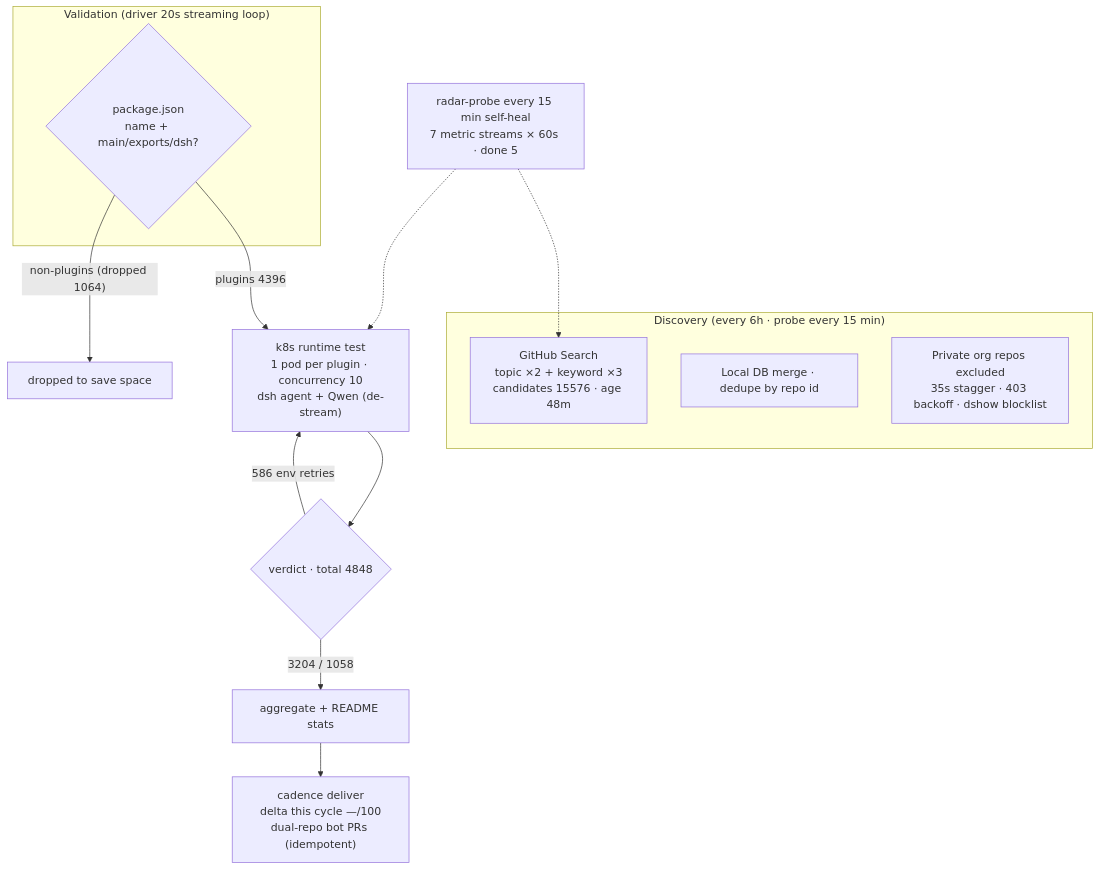
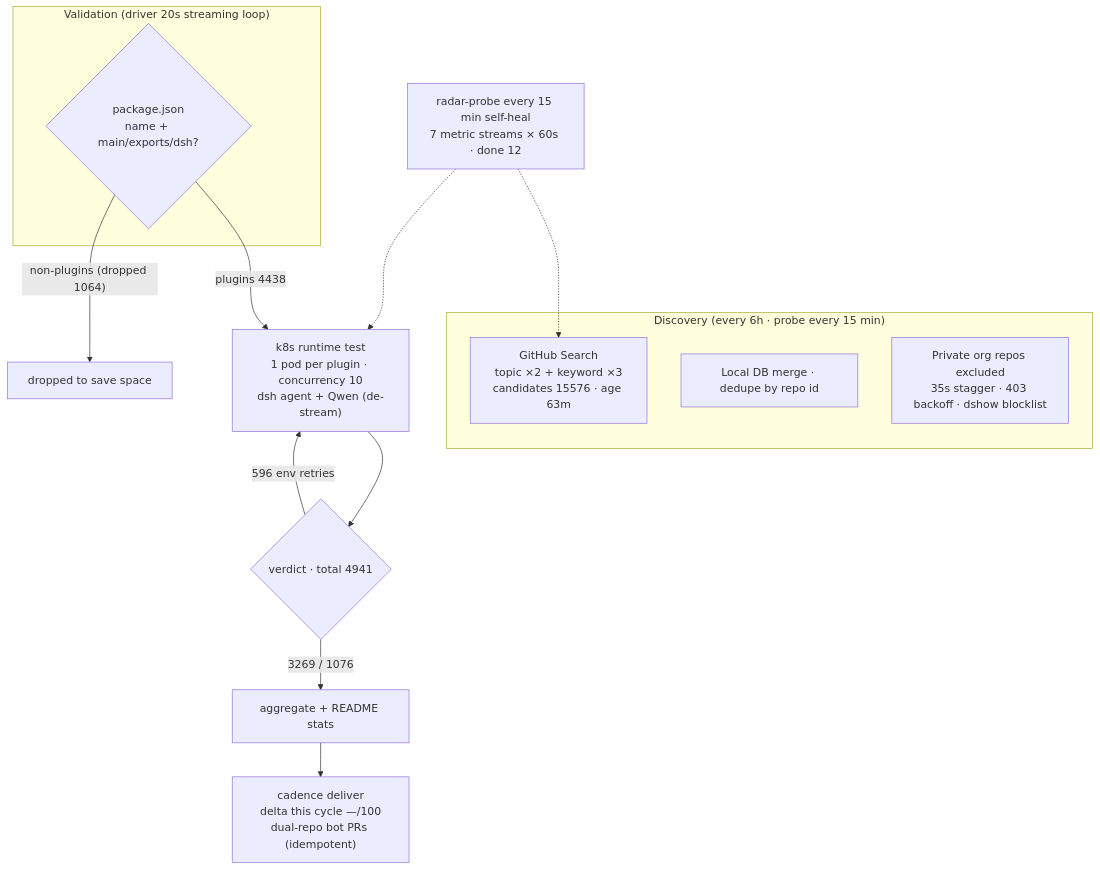
The diagram in README.en-US.md (AdamPlatin123/awesome-dsh-plugins), drawn with Mermaid before and after one commit. The commit also changed other lines of this file and 5 other files, not shown here.

````diff
--- a/README.en-US.md
+++ b/README.en-US.md
@@ -30,20 +30,20 @@
 ```mermaid
 flowchart TB
     subgraph Discovery["Discovery (every 6h · probe every 15 min)"]
-        A1["GitHub Search<br/>topic ×2 + keyword ×3<br/>candidates 15576 · age 48m"]
+        A1["GitHub Search<br/>topic ×2 + keyword ×3<br/>candidates 15576 · age 63m"]
         A2["Local DB merge · dedupe by repo id"]
         A3["Private org repos excluded<br/>35s stagger · 403 backoff · dshow blocklist"]
     end
     subgraph Validation["Validation (driver 20s streaming loop)"]
         B1{"package.json<br/>name + main/exports/dsh?"}
     end
-    B1 -->|"plugins 4396"| C1["k8s runtime test<br/>1 pod per plugin · concurrency 10<br/>dsh agent + Qwen (de-stream)"]
+    B1 -->|"plugins 4438"| C1["k8s runtime test<br/>1 pod per plugin · concurrency 10<br/>dsh agent + Qwen (de-stream)"]
     B1 -->|"non-plugins (dropped 1064)"| B3["dropped to save space"]
-    C1 --> D1{"verdict · total 4848"}
-    D1 -->|"3204 / 1058"| E1["aggregate + README stats"]
-    D1 -->|"586 env retries"| C1
+    C1 --> D1{"verdict · total 4941"}
+    D1 -->|"3269 / 1076"| E1["aggregate + README stats"]
+    D1 -->|"596 env retries"| C1
     E1 --> E2["cadence deliver<br/>delta this cycle —/100<br/>dual-repo bot PRs (idempotent)"]
-    M["radar-probe every 15 min self-heal<br/>7 metric streams × 60s · done 5"]
+    M["radar-probe every 15 min self-heal<br/>7 metric streams × 60s · done 12"]
     M -.-> A1
     M -.-> C1
 ```
````
